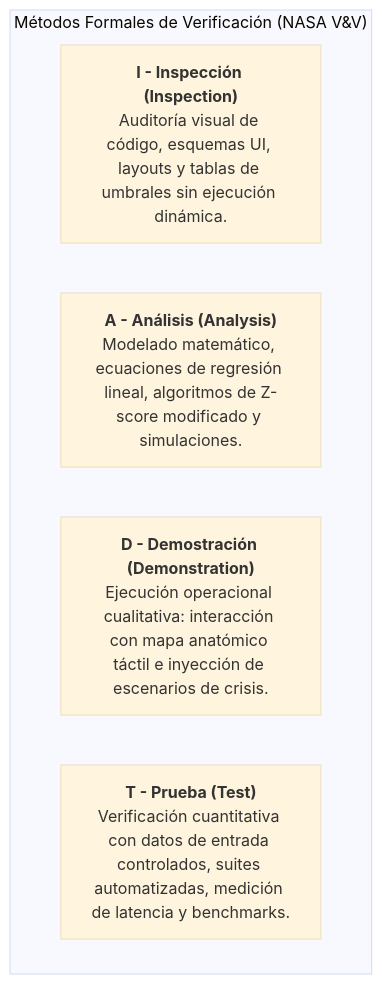
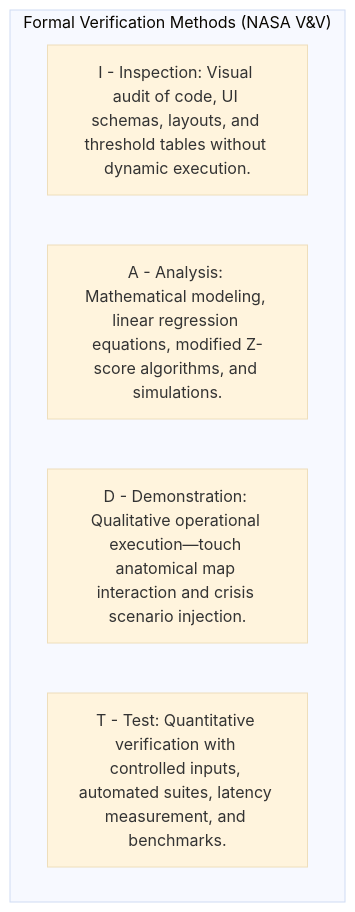
Before and after one commit to angelcontres/ASTHA-SpaceApps: the diagram in docs/Criterios-de-aceptacion/README.md, drawn with Mermaid (base theme). The commit also changed other lines of this file and 46 other files, not shown here.

````diff
--- a/docs/Criterios-de-aceptacion/README.md
+++ b/docs/Criterios-de-aceptacion/README.md
@@ -21,9 +21,9 @@
 ```mermaid
 flowchart TD
-    subgraph MetodosNASA["Métodos Formales de Verificación (NASA V&V)"]
-        I["<b>I - Inspección (Inspection)</b><br/>Auditoría visual de código, esquemas UI, layouts y tablas de umbrales sin ejecución dinámica."]
-        A["<b>A - Análisis (Analysis)</b><br/>Modelado matemático, ecuaciones de regresión lineal, algoritmos de Z-score modificado y simulaciones."]
-        D["<b>D - Demostración (Demonstration)</b><br/>Ejecución operacional cualitativa: interacción con mapa anatómico táctil e inyección de escenarios de crisis."]
-        T["<b>T - Prueba (Test)</b><br/>Verificación cuantitativa con datos de entrada controlados, suites automatizadas, medición de latencia y benchmarks."]
+    subgraph NASAMethods["Formal Verification Methods (NASA V&V)"]
+        I["I - Inspection: Visual audit of code, UI schemas, layouts, and threshold tables without dynamic execution."]
+        A["A - Analysis: Mathematical modeling, linear regression equations, modified Z-score algorithms, and simulations."]
+        D["D - Demonstration: Qualitative operational execution—touch anatomical map interaction and crisis scenario injection."]
+        T["T - Test: Quantitative verification with controlled inputs, automated suites, latency measurement, and benchmarks."]
     end
 ```
````
